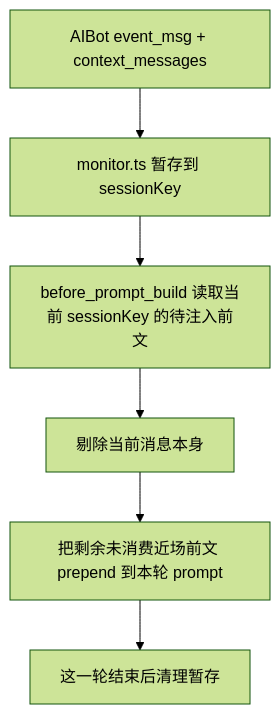
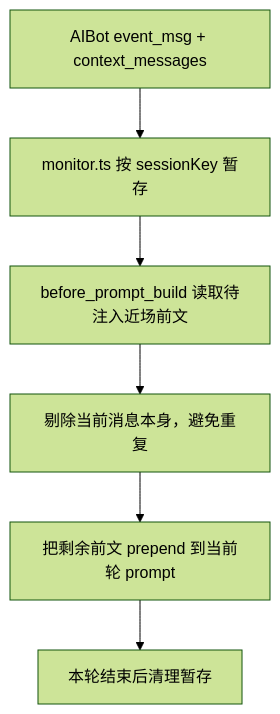
One commit to askie/clawpool-openclaw changed the diagram in docs/01_group_message_dispatch.md. Above: the diagram before and after it, drawn with Mermaid (forest theme). The commit also changed other lines of this file and 5 other files, not shown here.

Commit message:
docs: refresh plugin architecture docs

````diff
--- a/docs/01_group_message_dispatch.md
+++ b/docs/01_group_message_dispatch.md
@@ -342,8 +158,8 @@
 ```mermaid
 flowchart TD
-    A["AIBot event_msg + context_messages"] --> B["monitor.ts 暂存到 sessionKey"]
-    B --> C["before_prompt_build 读取当前 sessionKey 的待注入前文"]
-    C --> D["剔除当前消息本身"]
-    D --> E["把剩余未消费近场前文 prepend 到本轮 prompt"]
-    E --> F["这一轮结束后清理暂存"]
+    A["AIBot event_msg + context_messages"] --> B["monitor.ts 按 sessionKey 暂存"]
+    B --> C["before_prompt_build 读取待注入近场前文"]
+    C --> D["剔除当前消息本身，避免重复"]
+    D --> E["把剩余前文 prepend 到当前轮 prompt"]
+    E --> F["本轮结束后清理暂存"]
 ```
````
